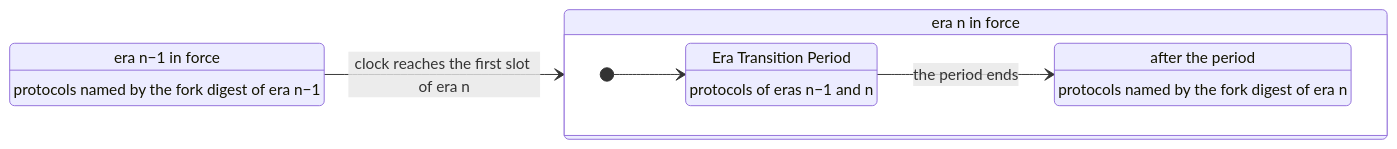
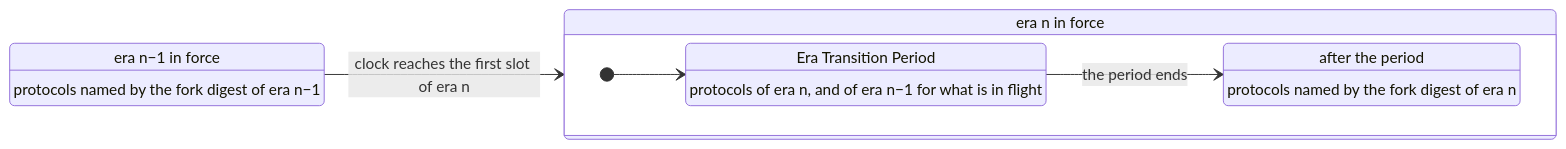
Before and after one commit to logos-co/logos-lips: the sixth of 7 diagrams in docs/blockchain/raw/bedrock-eras.md, drawn with Mermaid. The commit also changed other lines of this file, not shown here.

Commit message:
docs(blockchain): keep the previous era's identifiers only for what is in flight

````diff
--- a/docs/blockchain/raw/bedrock-eras.md
+++ b/docs/blockchain/raw/bedrock-eras.md
@@ -253,16 +254,16 @@
 ```mermaid
 stateDiagram-v2
     direction LR
     state "era n−1 in force" as a
     a: protocols named by the fork digest of era n−1
     state "era n in force" as n {
         direction LR
         state "Era Transition Period" as b
-        b: protocols of eras n−1 and n
+        b: protocols of era n, and of era n−1 for what is in flight
         state "after the period" as c
         c: protocols named by the fork digest of era n
         [*] --> b
         b --> c: the period ends
     }
     a --> n: clock reaches the first slot of era n
 ```
````
